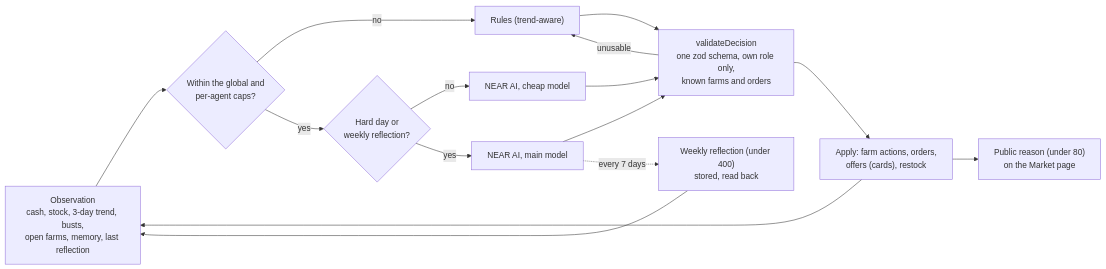
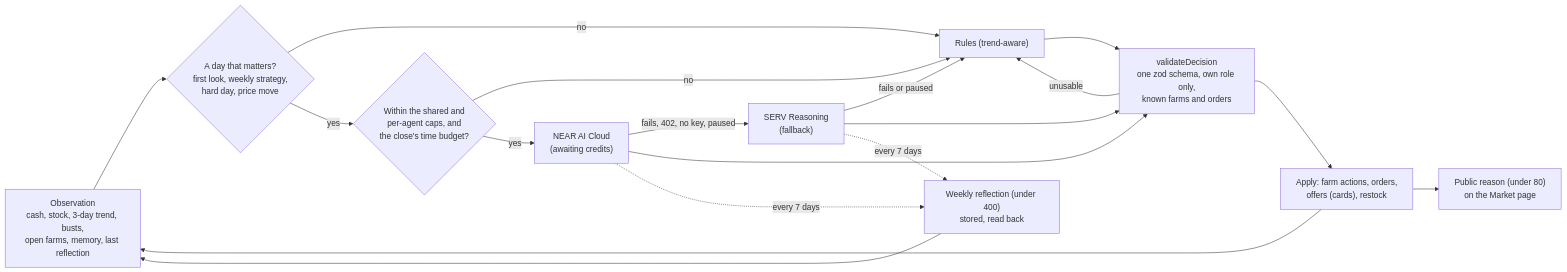
The third of 7 diagrams in README.md (iam25th1/chickens-of-yolk-street), drawn with Mermaid before and after one commit. The commit also changed other lines of this file and 3 other files, not shown here.

````diff
--- a/README.md
+++ b/README.md
@@ -463,25 +465,29 @@
 ```mermaid
 flowchart LR
   obs["Observation<br/>cash, stock, 3-day trend, busts,<br/>open farms, memory, last reflection"]
-  tier{"Hard day or<br/>weekly reflection?"}
-  caps{"Within the global and<br/>per-agent caps?"}
-  cheap["NEAR AI, cheap model"]
-  main["NEAR AI, main model"]
+  matters{"A day that matters?<br/>first look, weekly strategy,<br/>hard day, price move"}
+  caps{"Within the shared and<br/>per-agent caps, and<br/>the close's time budget?"}
+  near["NEAR AI Cloud<br/>(awaiting credits)"]
+  serv["SERV Reasoning<br/>(fallback)"]
   rules["Rules (trend-aware)"]
   val["validateDecision<br/>one zod schema, own role only,<br/>known farms and orders"]
   apply["Apply: farm actions, orders,<br/>offers (cards), restock"]
   pub["Public reason (under 80)<br/>on the Market page"]
   refl["Weekly reflection (under 400)<br/>stored, read back"]
-  obs --> caps
+  obs --> matters
+  matters -- no --> rules
+  matters -- yes --> caps
   caps -- no --> rules
-  caps -- yes --> tier
-  tier -- no --> cheap
-  tier -- yes --> main
-  cheap --> val
-  main --> val
+  caps -- yes --> near
+  near -- "fails, 402, no key, paused" --> serv
+  serv -- "fails or paused" --> rules
+  near --> val
+  serv --> val
   rules --> val
   val -- unusable --> rules
   val --> apply --> pub
-  main -. every 7 days .-> refl --> obs
+  near -. every 7 days .-> refl
+  serv -. every 7 days .-> refl
+  refl --> obs
   apply --> obs
 ```
````
